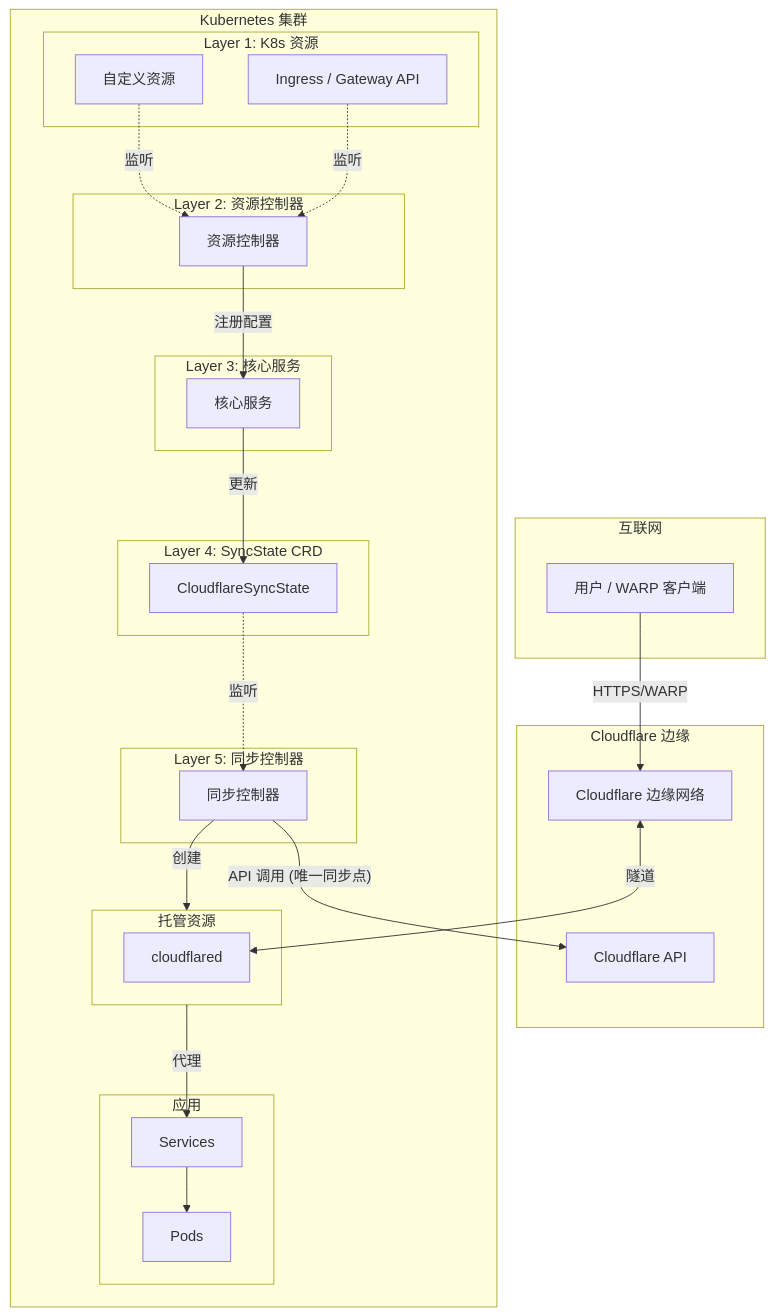
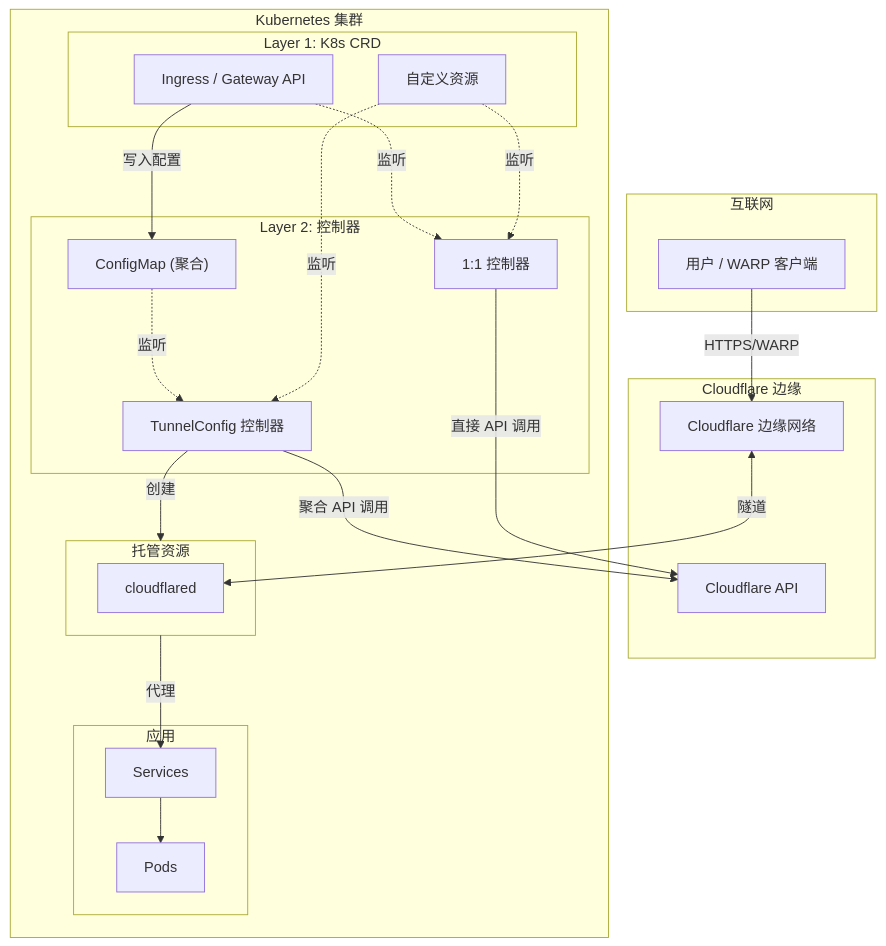
The diagram in docs/zh/README.md (StringKe/cloudflare-operator), drawn with Mermaid before and after one commit. The commit also changed other lines of this file and 158 other files, not shown here.

First line of the commit message:
feat!: simplify architecture from six-layer SyncState to three-layer ConfigMap

````diff
--- a/docs/zh/README.md
+++ b/docs/zh/README.md
@@ -36,55 +36,46 @@
 ```mermaid
 flowchart TB
     subgraph Internet["互联网"]
         Users["用户 / WARP 客户端"]
     end
 
     subgraph Cloudflare["Cloudflare 边缘"]
         Edge["Cloudflare 边缘网络"]
         API["Cloudflare API"]
     end
 
     subgraph K8s["Kubernetes 集群"]
-        subgraph Layer1["Layer 1: K8s 资源"]
+        subgraph Layer1["Layer 1: K8s CRD"]
             CRDs["自定义资源"]
             K8sNative["Ingress / Gateway API"]
         end
 
-        subgraph Layer2["Layer 2: 资源控制器"]
-            RC["资源控制器"]
-        end
-
-        subgraph Layer3["Layer 3: 核心服务"]
-            SVC["核心服务"]
-        end
-
-        subgraph Layer4["Layer 4: SyncState CRD"]
-            SyncState["CloudflareSyncState"]
-        end
-
-        subgraph Layer5["Layer 5: 同步控制器"]
-            SC["同步控制器"]
+        subgraph Layer2["Layer 2: 控制器"]
+            RC["1:1 控制器"]
+            TC["TunnelConfig 控制器"]
+            CM["ConfigMap (聚合)"]
         end
 
         subgraph Managed["托管资源"]
             Deployment["cloudflared"]
         end
 
         subgraph App["应用"]
             Service["Services"]
             Pod["Pods"]
         end
     end
 
     CRDs -.->|监听| RC
     K8sNative -.->|监听| RC
-    RC -->|注册配置| SVC
-    SVC -->|更新| SyncState
-    SyncState -.->|监听| SC
-    SC -->|"API 调用 (唯一同步点)"| API
-    SC -->|创建| Managed
+    RC -->|直接 API 调用| API
+    CRDs -.->|监听| TC
+    K8sNative -->|写入配置| CM
+    CM -.->|监听| TC
+    TC -->|聚合 API 调用| API
+    TC -->|创建| Managed
     Managed -->|代理| Service
     Service --> Pod
     Users -->|HTTPS/WARP| Edge
     Edge <-->|隧道| Deployment
 ```
````
